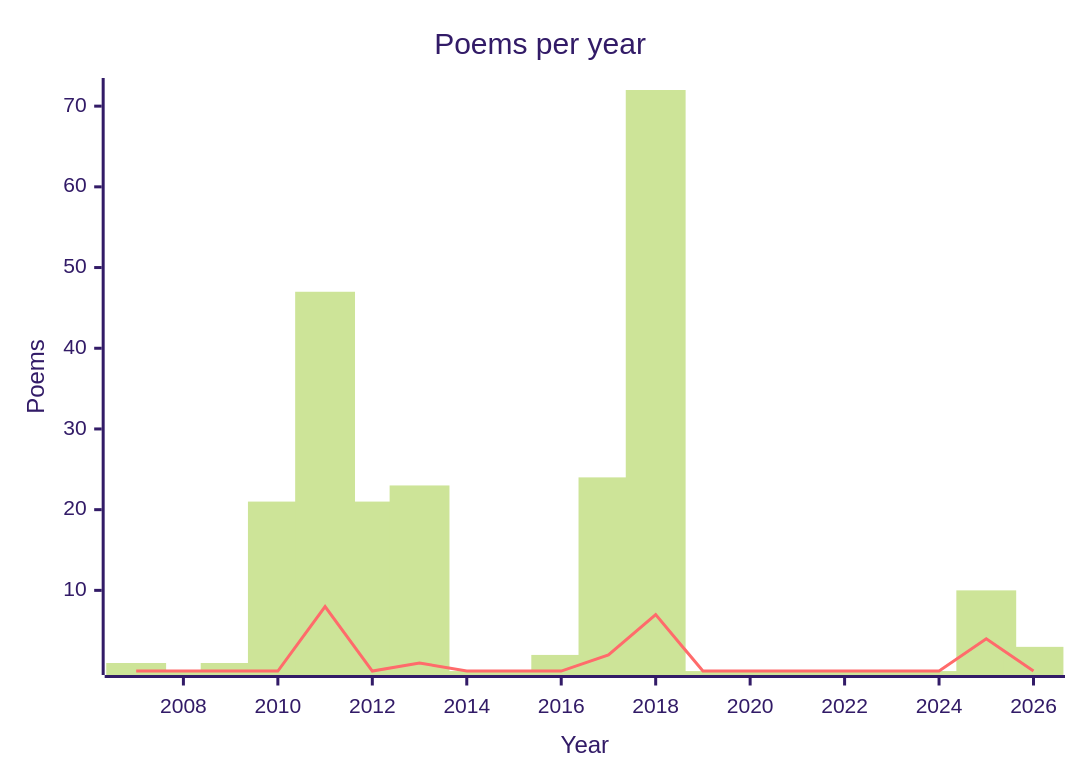
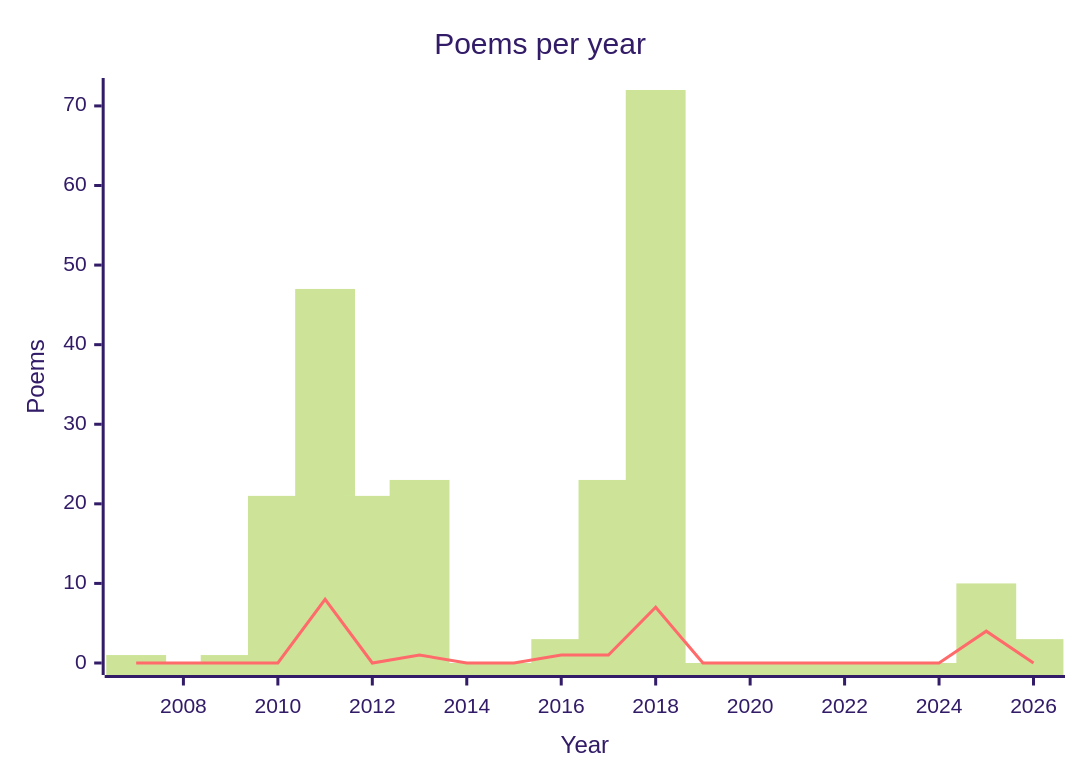
One commit to g-ongenae/blog changed the first of 2 diagrams in content/tell/_index.md. Above: the diagram before and after it, drawn with Mermaid (forest theme). The commit also changed other lines of this file and 330 other files, not shown here.

````diff
--- a/content/tell/_index.md
+++ b/content/tell/_index.md
@@ -19,8 +24,8 @@
 ```mermaid
 xychart-beta
   title "Poems per year"
   x-axis "Year" 2007 --> 2026
-  y-axis "Poems" 1 --> 72
-  bar [1, 0, 1, 21, 47, 21, 23, 0, 0, 2, 24, 72, 0, 0, 0, 0, 0, 0, 10, 3]
-  line [0, 0, 0, 0, 8, 0, 1, 0, 0, 0, 2, 7, 0, 0, 0, 0, 0, 0, 4, 0]
+  y-axis "Poems" 0 --> 72
+  bar [1, 0, 1, 21, 47, 21, 23, 0, 0, 3, 23, 72, 0, 0, 0, 0, 0, 0, 10, 3]
+  line [0, 0, 0, 0, 8, 0, 1, 0, 0, 1, 1, 7, 0, 0, 0, 0, 0, 0, 4, 0]
 ```
````
